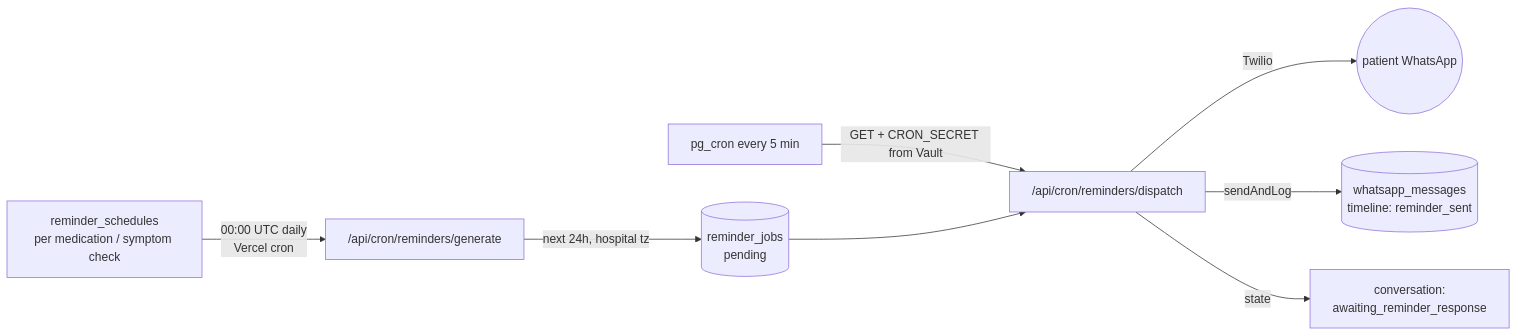
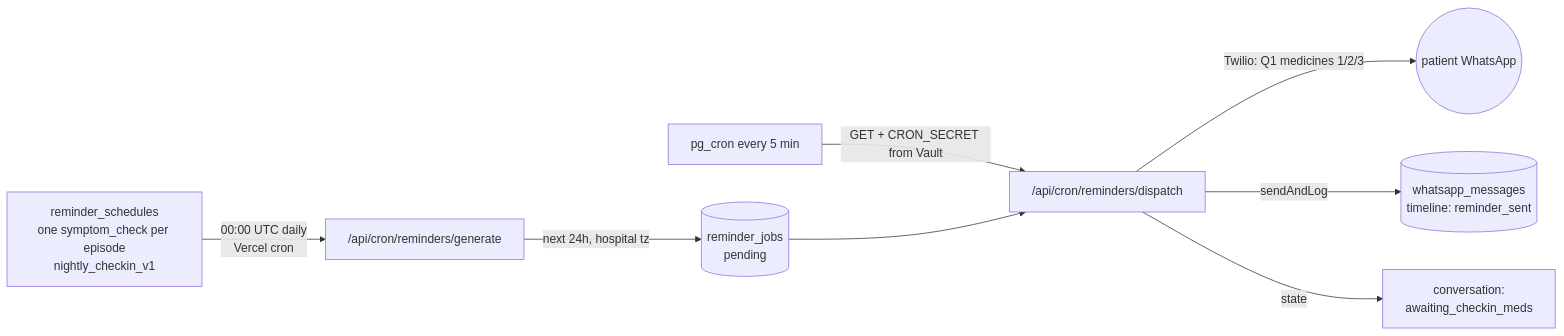
One commit to FuadAhamed91/-DischargeIQ changed the first of 2 diagrams in README.md. Above: the diagram before and after it, drawn with Mermaid. The commit also changed other lines of this file and 20 other files, not shown here.

````diff
--- a/README.md
+++ b/README.md
@@ -65,10 +80,10 @@
 ```mermaid
 flowchart LR
-  A[reminder_schedules<br/>per medication / symptom check] -->|00:00 UTC daily<br/>Vercel cron| B["/api/cron/reminders/generate"]
+  A[reminder_schedules<br/>one symptom_check per episode<br/>nightly_checkin_v1] -->|00:00 UTC daily<br/>Vercel cron| B["/api/cron/reminders/generate"]
   B -->|next 24h, hospital tz| C[(reminder_jobs<br/>pending)]
   D[pg_cron every 5 min] -->|GET + CRON_SECRET from Vault| E["/api/cron/reminders/dispatch"]
   C --> E
-  E -->|Twilio| F((patient WhatsApp))
+  E -->|Twilio: Q1 medicines 1/2/3| F((patient WhatsApp))
   E -->|sendAndLog| G[(whatsapp_messages<br/>timeline: reminder_sent)]
-  E -->|state| H[conversation:<br/>awaiting_reminder_response]
+  E -->|state| H[conversation:<br/>awaiting_checkin_meds]
 ```
````
